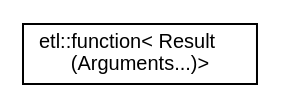
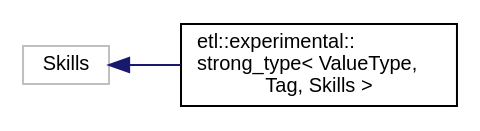
Before and after one commit to tobanteAudio/taetl: the diagram in inherit_graph_24.dot, drawn with Graphviz. The commit also changed 63 other files, not shown here.

```diff
--- a/inherit_graph_24.dot
+++ b/inherit_graph_24.dot
@@ -1,7 +1,9 @@
 digraph "Graphical Class Hierarchy"
 {
   edge [fontname="Helvetica",fontsize="10",labelfontname="Helvetica",labelfontsize="10"];
   node [fontname="Helvetica",fontsize="10",shape=record];
   rankdir="LR";
-  Node0 [label="etl::function\< Result\l(Arguments...)\>",height=0.2,width=0.4,color="black", fillcolor="white", style="filled",URL="$classetl_1_1function_3_01Result_07Arguments_8_8_8_08_4.html"];
+  Node15 [label="Skills",height=0.2,width=0.4,color="grey75", fillcolor="white", style="filled"];
+  Node15 -> Node0 [dir="back",color="midnightblue",fontsize="10",style="solid",fontname="Helvetica"];
+  Node0 [label="etl::experimental::\lstrong_type\< ValueType,\l Tag, Skills \>",height=0.2,width=0.4,color="black", fillcolor="white", style="filled",URL="$structetl_1_1experimental_1_1strong__type.html",tooltip="Wraps a built-in type. "];
 }
```
